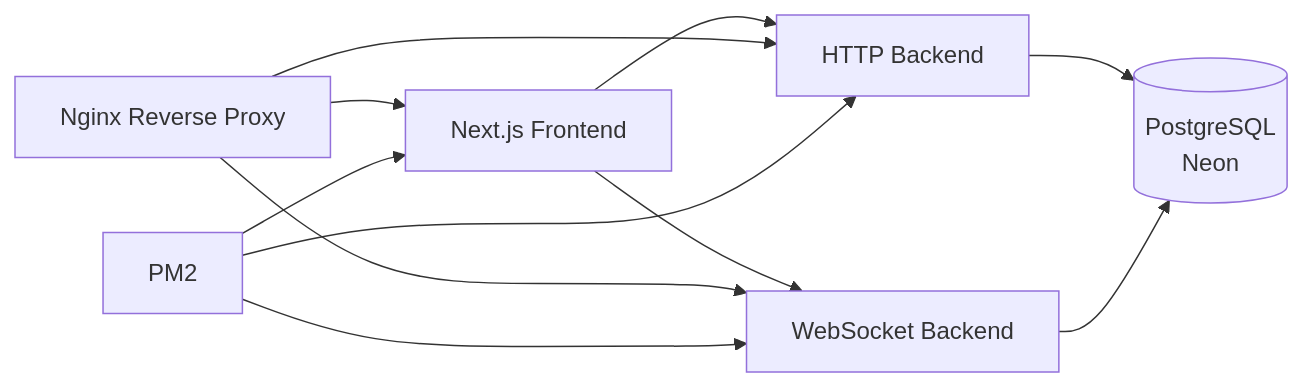
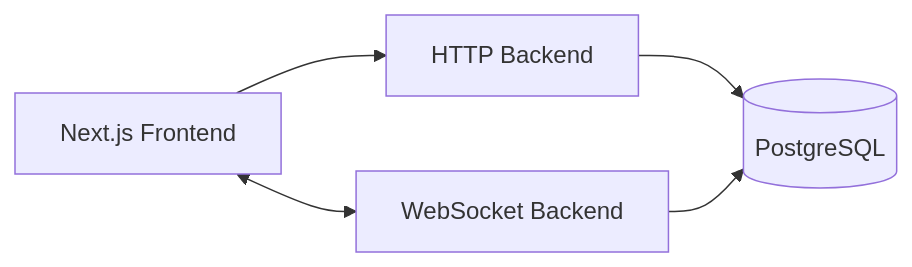
One commit to NalinDalal/portfolio changed the diagram in case-study/codraw.mdx. Above: the diagram before and after it, drawn with Mermaid. The commit also changed other lines of this file and 12 other files, not shown here.

````diff
--- a/case-study/codraw.mdx
+++ b/case-study/codraw.mdx
@@ -50,13 +50,7 @@
 ```mermaid
 flowchart LR
     A[Next.js Frontend] --> B[HTTP Backend]
-    A --> C[WebSocket Backend]
-    B --> D[(PostgreSQL\nNeon)]
+    A <--> C[WebSocket Backend]
+    B --> D[(PostgreSQL)]
     C --> D
-    E[Nginx Reverse Proxy] --> A
-    E --> B
-    E --> C
-    F[PM2] --> A
-    F --> B
-    F --> C
 ```
````
